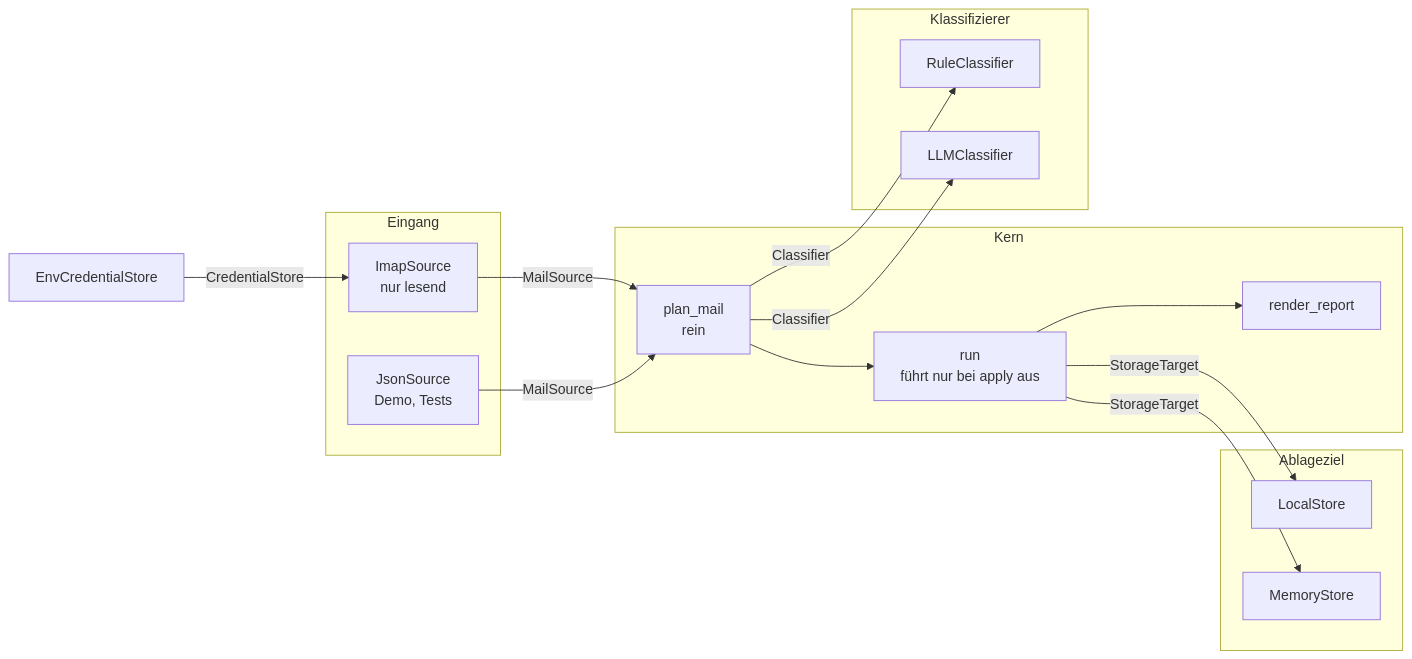
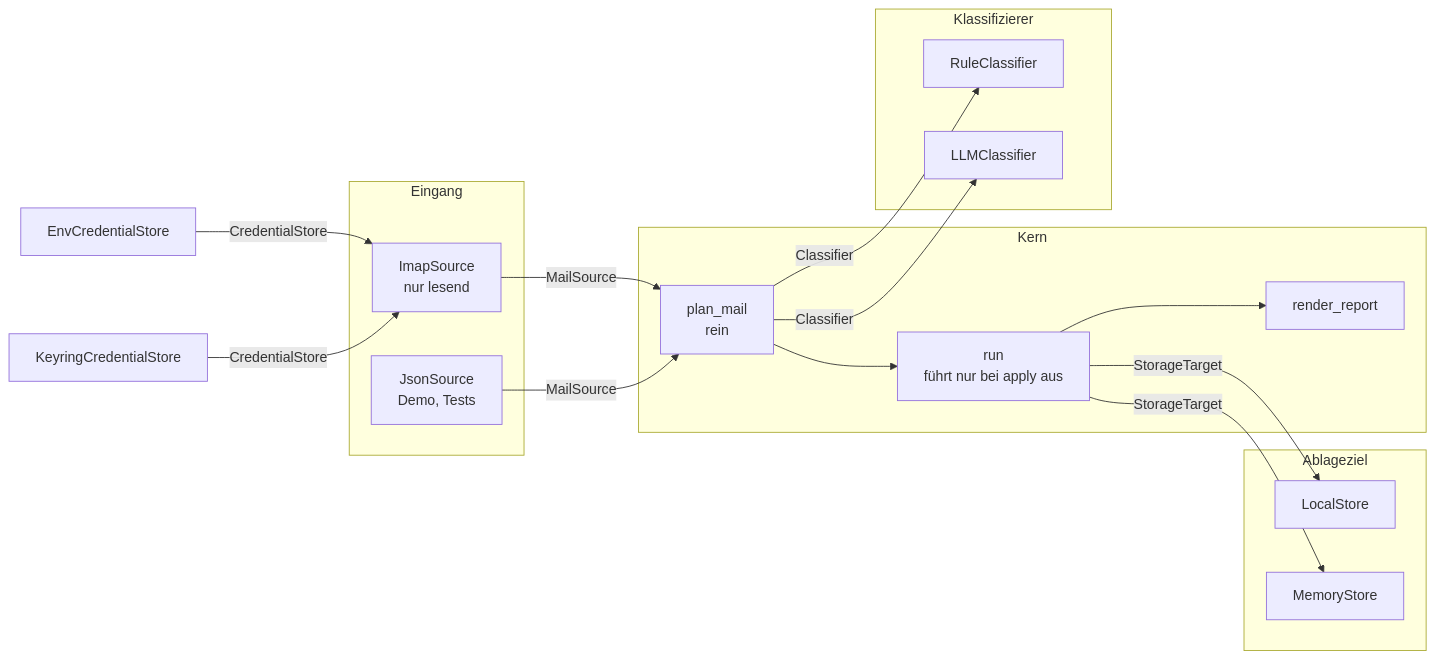
Before and after one commit to trais92/paperpilot: the first of 2 diagrams in docs/architecture.md, drawn with Mermaid. The commit also changed other lines of this file and 12 other files, not shown here.

First line of the commit message:
Zugangsdaten im Schlüsselbund: login/logout, KeyringCredentialStore, Sicherheitskonzept

````diff
--- a/docs/architecture.md
+++ b/docs/architecture.md
@@ -9,23 +9,23 @@
 ```mermaid
 flowchart LR
     subgraph Adapter_ein[Eingang]
         IMAP[ImapSource<br/>nur lesend]
         JSON[JsonSource<br/>Demo, Tests]
     end
     subgraph Kern
         PL[plan_mail<br/>rein] --> RUN[run<br/>führt nur bei apply aus]
         RUN --> REP[render_report]
     end
     subgraph Adapter_ki[Klassifizierer]
         RC[RuleClassifier]
         LC[LLMClassifier]
     end
     subgraph Adapter_aus[Ablageziel]
         LS[LocalStore]
         MS[MemoryStore]
     end
     IMAP & JSON -- MailSource --> PL
     PL -- Classifier --> RC & LC
     RUN -- StorageTarget --> LS & MS
-    ENV[EnvCredentialStore] -- CredentialStore --> IMAP
+    ENV[EnvCredentialStore] & KR[KeyringCredentialStore] -- CredentialStore --> IMAP
 ```
````
